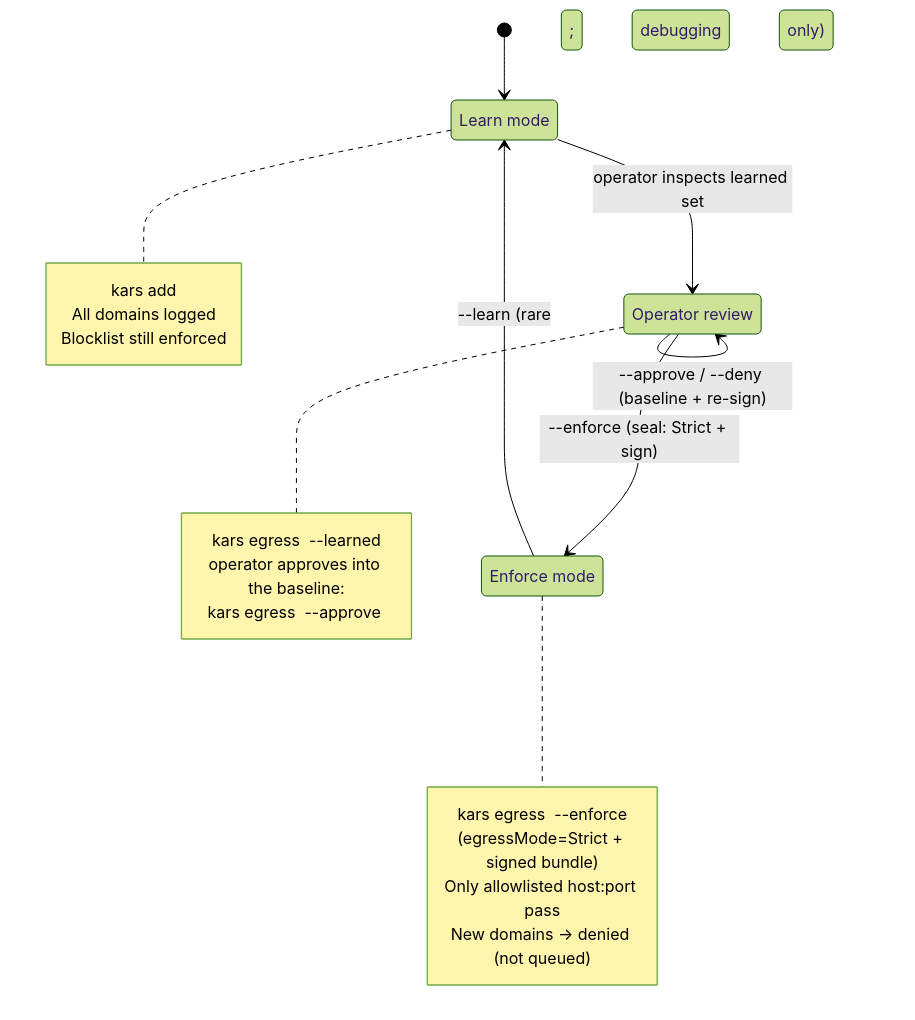
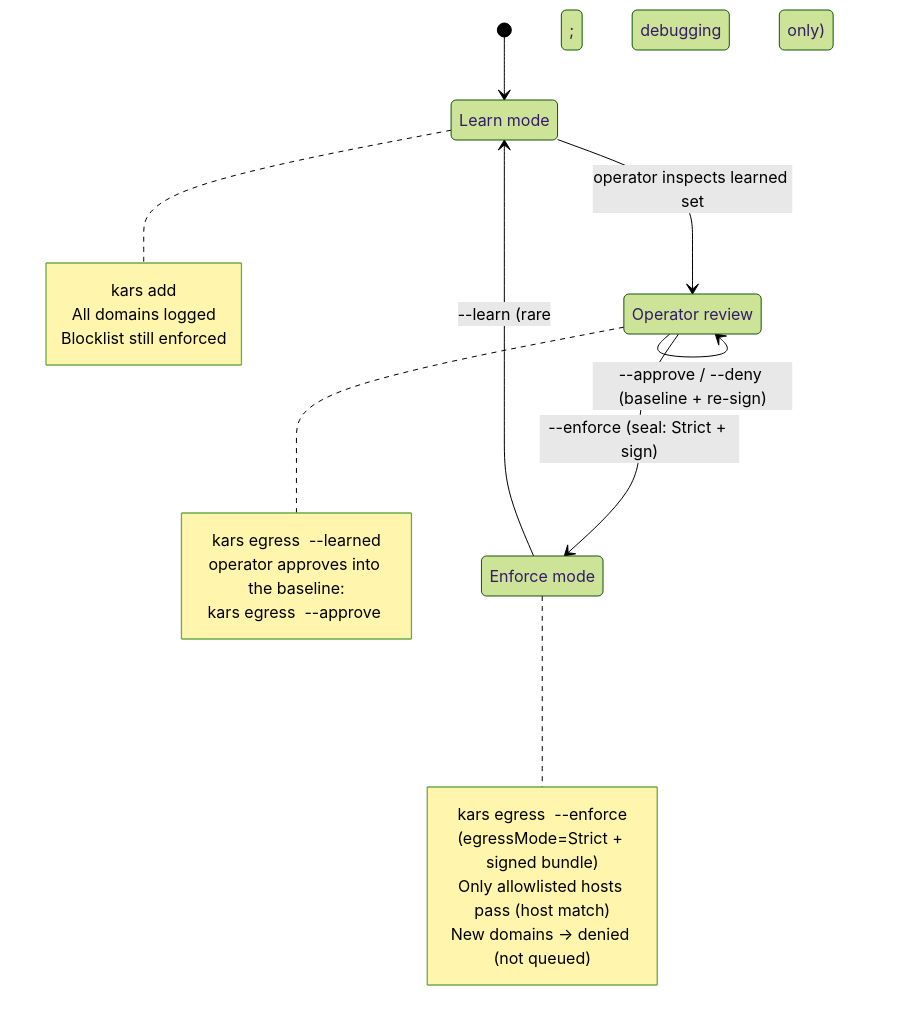
The second of 2 diagrams in docs/egress-proxy.md (Azure/kars), drawn with Mermaid (forest theme) before and after one commit. The commit also changed 5 other files, not shown here.

````diff
--- a/docs/egress-proxy.md
+++ b/docs/egress-proxy.md
@@ -170,27 +170,27 @@
 ```mermaid
 stateDiagram-v2
   state "Learn mode" as Learn
   state "Operator review" as Review
   state "Enforce mode" as Enforce
   [*] --> Learn
   note right of Learn
     kars add <name>
     All domains logged
     Blocklist still enforced
   end note
   note right of Review
     kars egress <name> --learned
     operator approves into the baseline:
     kars egress <name> --approve <host>
   end note
   note right of Enforce
     kars egress <name> --enforce
     (egressMode=Strict + signed bundle)
-    Only allowlisted host:port pass
+    Only allowlisted hosts pass (host match)
     New domains → denied (not queued)
   end note
   Learn --> Review: operator inspects learned set
   Review --> Review: --approve / --deny (baseline + re-sign)
   Review --> Enforce: --enforce (seal: Strict + sign)
   Enforce --> Learn: --learn (rare; debugging only)
 ```
````
